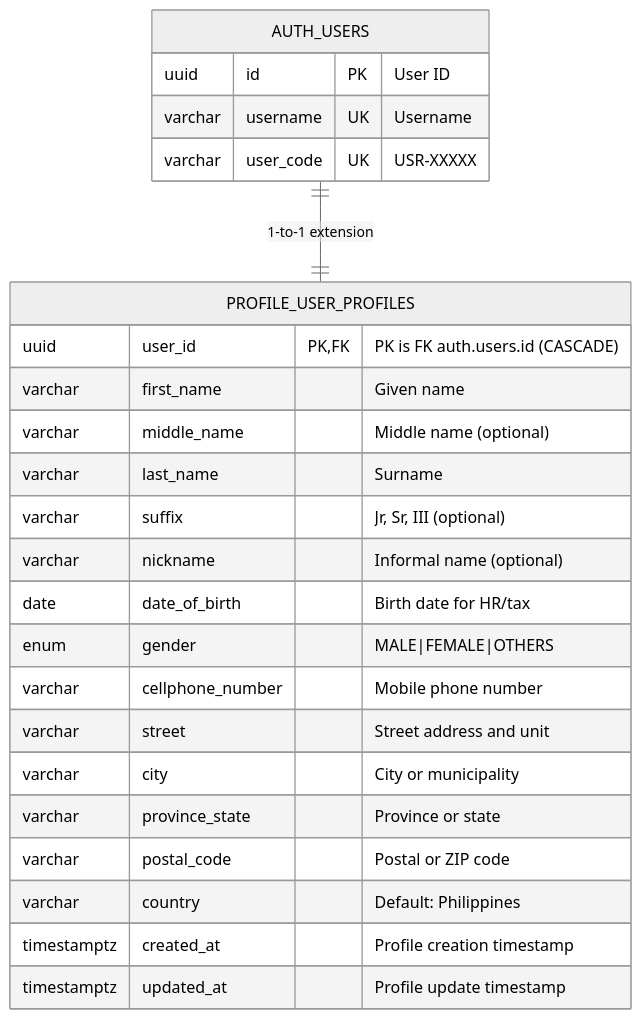
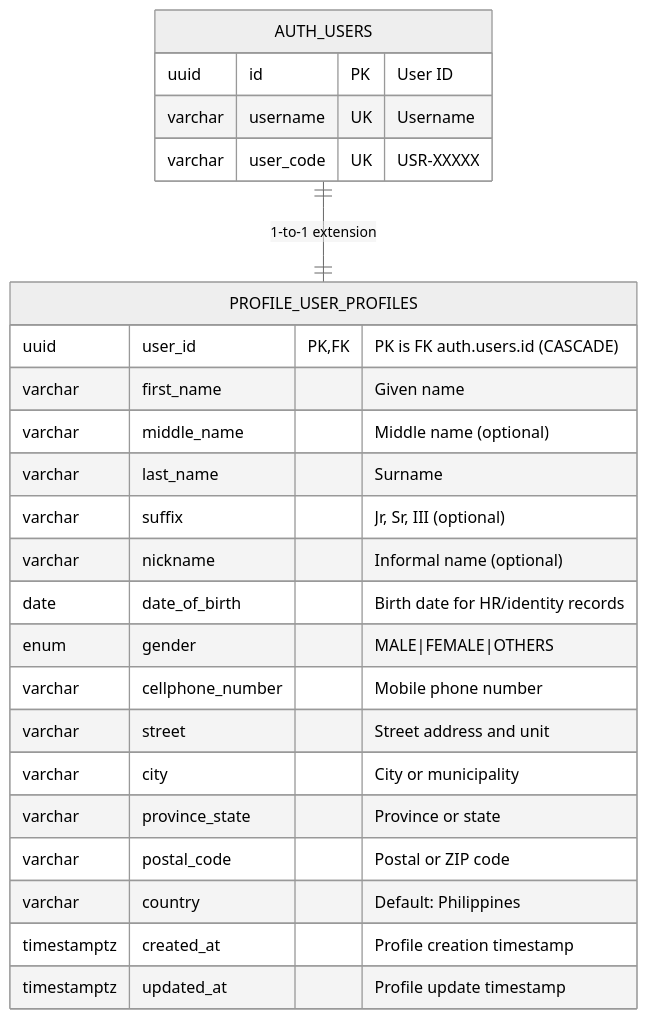
One commit to Template-Codes/fastapi-init-setup-template-v2 changed the diagram in docs/docs/profile/ERD.md. Above: the diagram before and after it, drawn with Mermaid (neutral theme). The commit also changed other lines of this file and 9 other files, not shown here.

````diff
--- a/docs/docs/profile/ERD.md
+++ b/docs/docs/profile/ERD.md
@@ -9,29 +9,29 @@
 ```mermaid
 erDiagram
     AUTH_USERS {
         uuid id PK "User ID"
         varchar username UK "Username"
         varchar user_code UK "USR-XXXXX"
     }
 
     PROFILE_USER_PROFILES {
         uuid user_id PK,FK "PK is FK auth.users.id (CASCADE)"
         varchar first_name "Given name"
         varchar middle_name "Middle name (optional)"
         varchar last_name "Surname"
         varchar suffix "Jr, Sr, III (optional)"
         varchar nickname "Informal name (optional)"
-        date date_of_birth "Birth date for HR/tax"
+        date date_of_birth "Birth date for HR/identity records"
         enum gender "MALE|FEMALE|OTHERS"
         varchar cellphone_number "Mobile phone number"
         varchar street "Street address and unit"
         varchar city "City or municipality"
         varchar province_state "Province or state"
         varchar postal_code "Postal or ZIP code"
         varchar country "Default: Philippines"
         timestamptz created_at "Profile creation timestamp"
         timestamptz updated_at "Profile update timestamp"
     }
 
     AUTH_USERS ||--|| PROFILE_USER_PROFILES : "1-to-1 extension"
 ```
````
